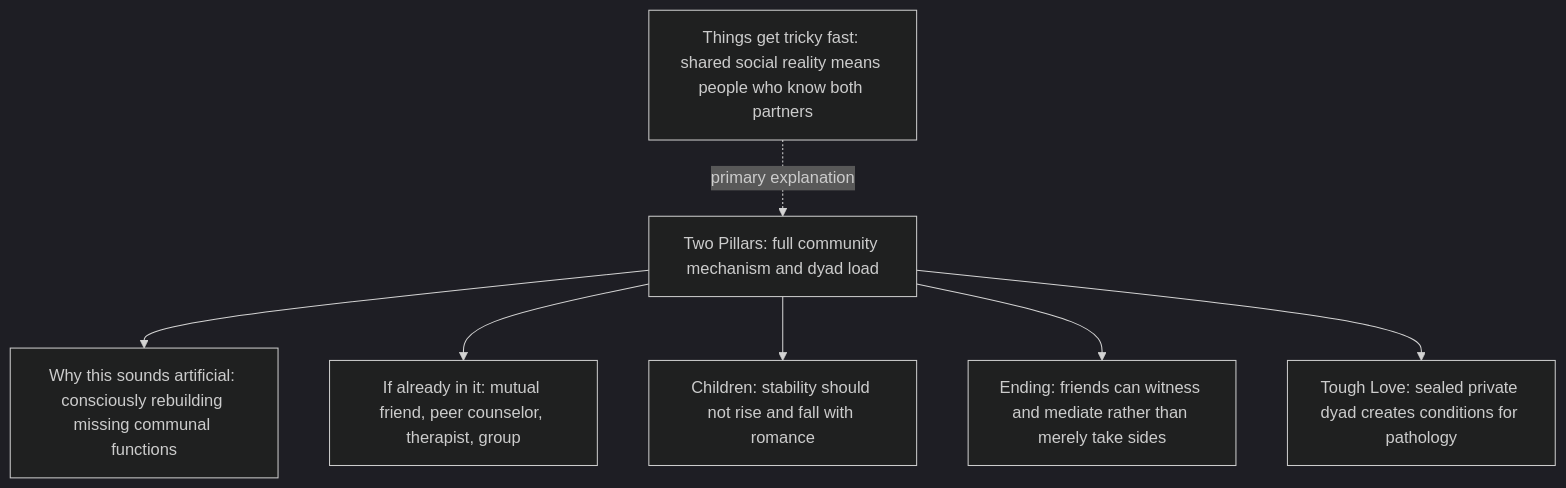
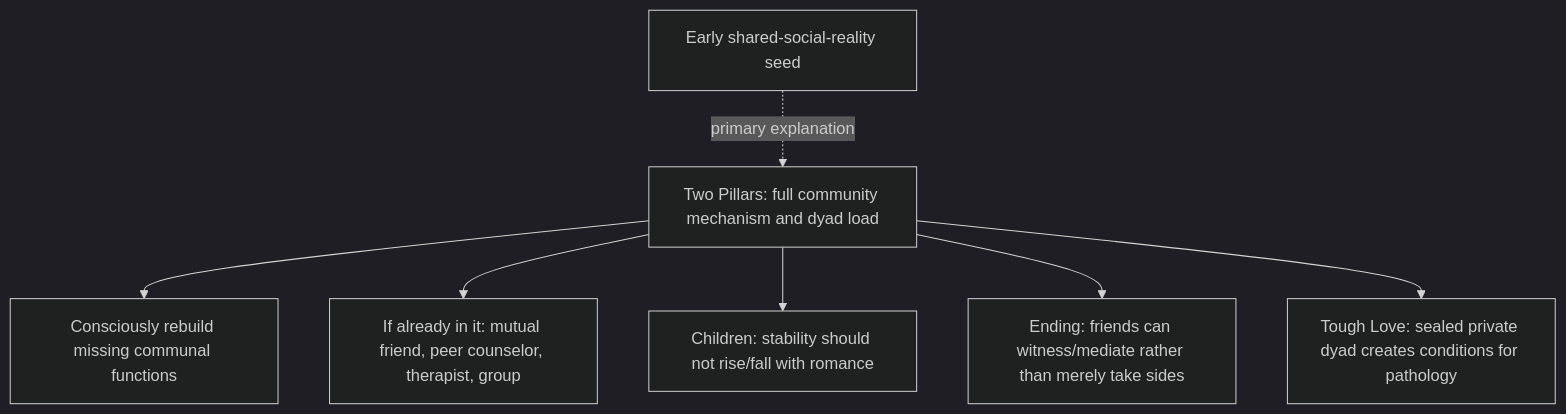
Before and after one commit to u-dont-existDOTcom/pangram-humanization-lab: diagram 13 of 14 in work/romance-current-assembly/ARCHITECTURE.md, drawn with Mermaid (dark theme). The commit also changed other lines of this file, not shown here.

Commit message:
state: sync Romance architecture to Toft Anami pass

````diff
--- a/work/romance-current-assembly/ARCHITECTURE.md
+++ b/work/romance-current-assembly/ARCHITECTURE.md
@@ -165,17 +242,17 @@
 ```mermaid
 flowchart TD
-    communitySeed["Things get tricky fast: shared social reality means people who know both partners"]
+    seed["Early shared-social-reality seed"]
     pillars["Two Pillars: full community mechanism and dyad load"]
-    conscious["Why this sounds artificial: consciously rebuilding missing communal functions"]
+    conscious["Consciously rebuild missing communal functions"]
     already["If already in it: mutual friend, peer counselor, therapist, group"]
-    children["Children: stability should not rise and fall with romance"]
-    ending["Ending: friends can witness and mediate rather than merely take sides"]
+    children["Children: stability should not rise/fall with romance"]
+    ending["Ending: friends can witness/mediate rather than merely take sides"]
     tough["Tough Love: sealed private dyad creates conditions for pathology"]
 
-    communitySeed -. "primary explanation" .-> pillars
+    seed -. "primary explanation" .-> pillars
     pillars --> conscious
     pillars --> already
     pillars --> children
     pillars --> ending
     pillars --> tough
 ```
````
